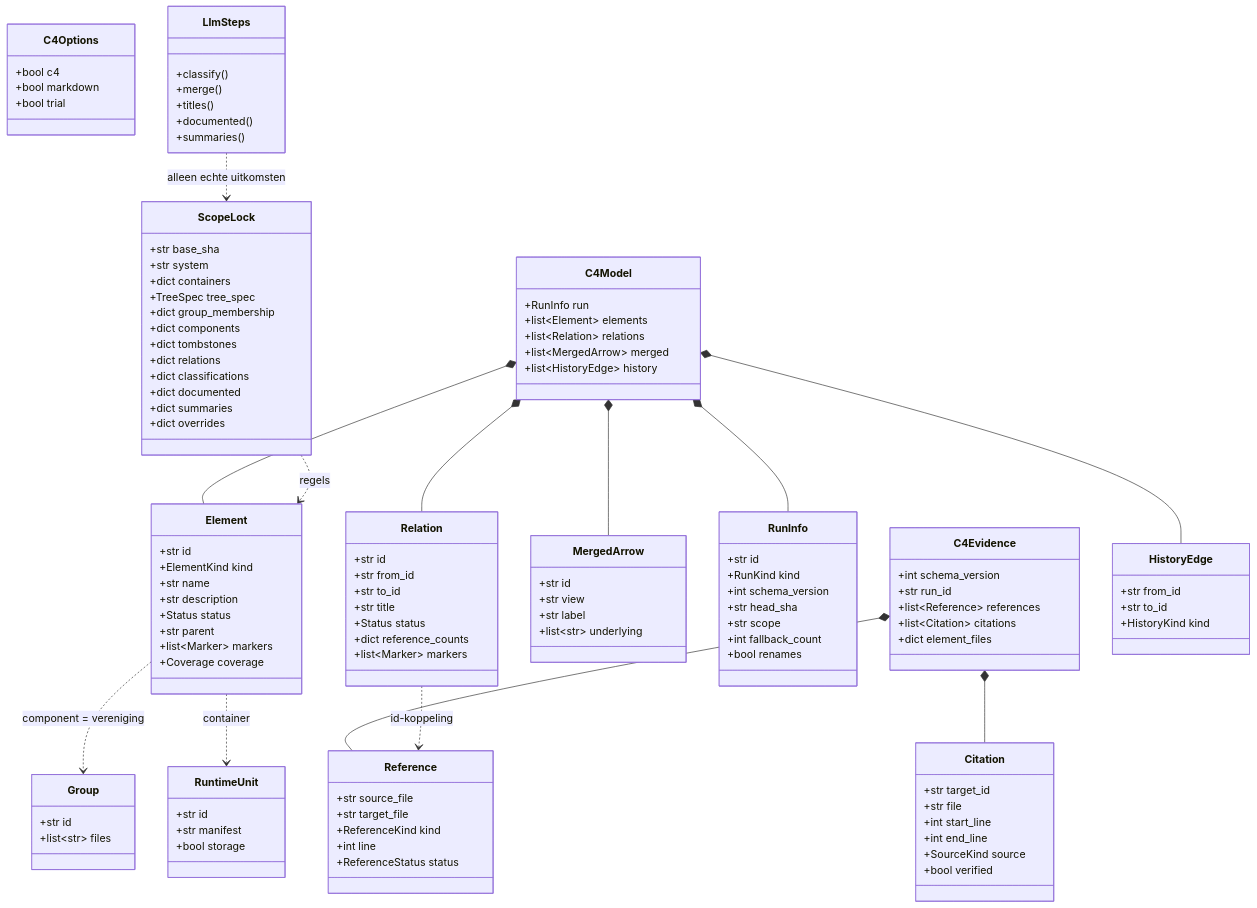
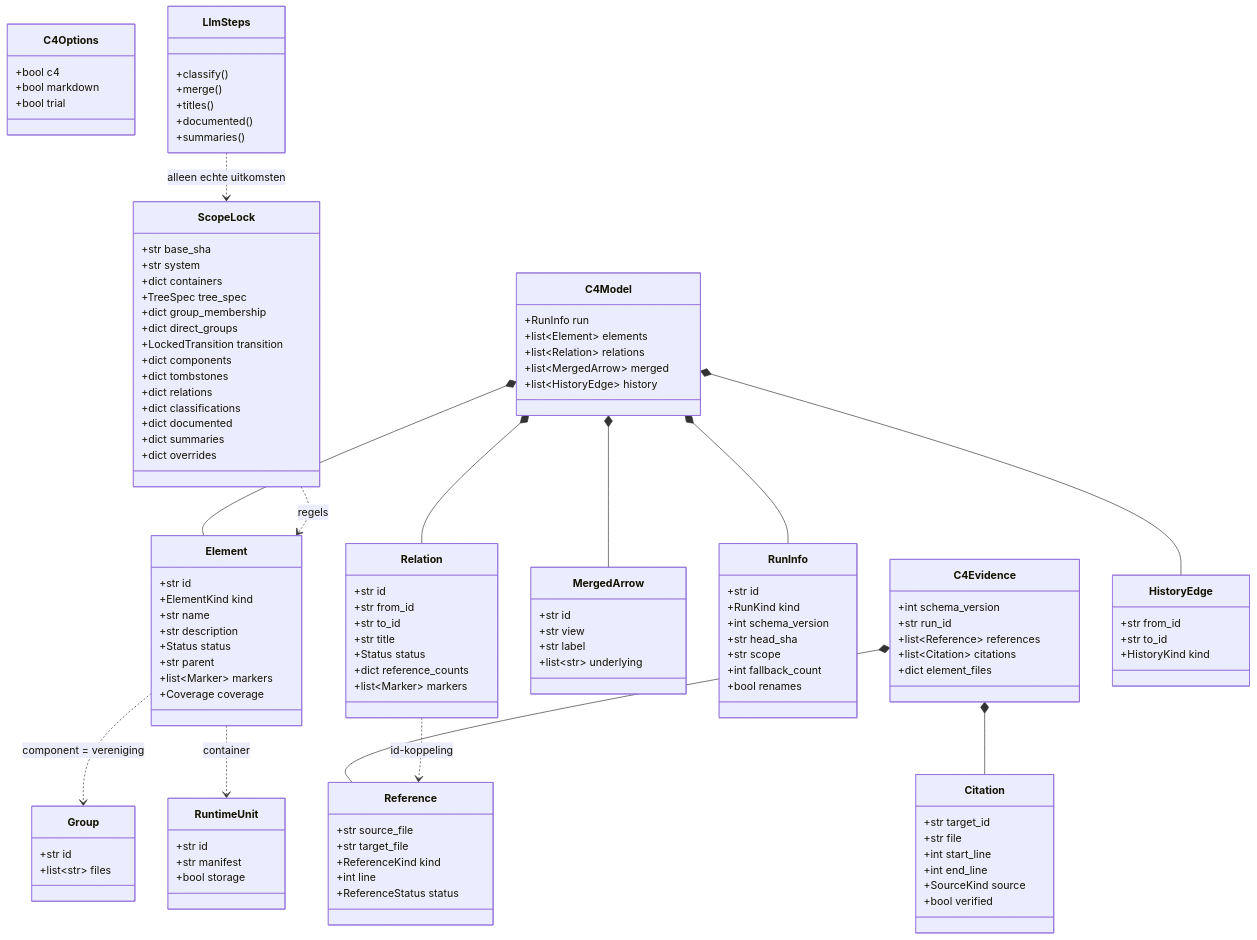
One commit to Cubical6/chunkhound changed the second of 3 diagrams in docs/melly/models/map-structuuranalyse.md. Above: the diagram before and after it, drawn with Mermaid. The commit also changed other lines of this file and 9 other files, not shown here.

```diff
--- a/docs/melly/models/map-structuuranalyse.md
+++ b/docs/melly/models/map-structuuranalyse.md
@@ -174,6 +174,8 @@
     +dict containers
     +TreeSpec tree_spec
     +dict group_membership
+    +dict direct_groups
+    +LockedTransition transition
     +dict components
     +dict tombstones
     +dict relations
```
